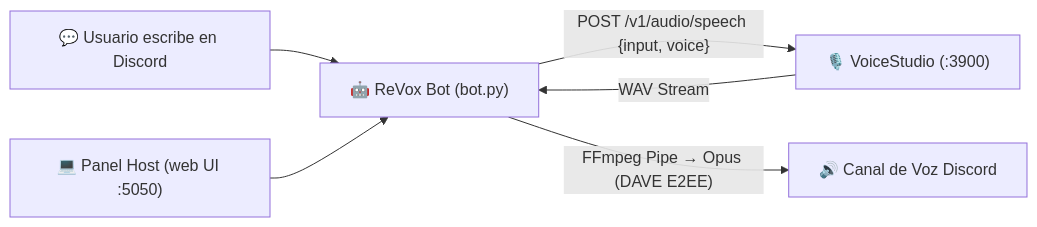
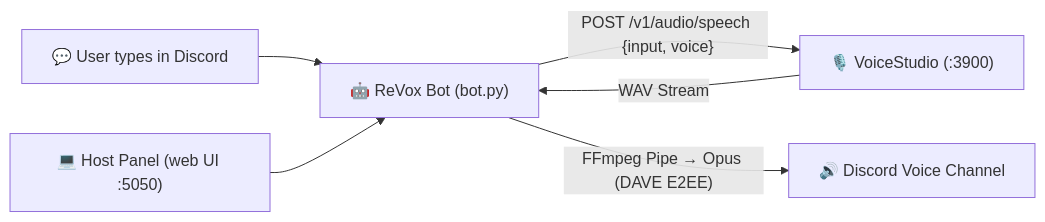
The diagram in README.md (John54571/ReVox-Bot), drawn with Mermaid before and after one commit. The commit also changed other lines of this file and 13 other files, not shown here.

````diff
--- a/README.md
+++ b/README.md
@@ -155,8 +155,8 @@
 ```mermaid
 flowchart LR
-  U["💬 Usuario escribe en Discord"] --> B["🤖 ReVox Bot (bot.py)"]
-  W["💻 Panel Host (web UI :5050)"] --> B
+  U["💬 User types in Discord"] --> B["🤖 ReVox Bot (bot.py)"]
+  W["💻 Host Panel (web UI :5050)"] --> B
   B -- "POST /v1/audio/speech {input, voice}" --> VS["🎙️ VoiceStudio (:3900)"]
   VS -- "WAV Stream" --> B
-  B -- "FFmpeg Pipe → Opus (DAVE E2EE)" --> D["🔊 Canal de Voz Discord"]
+  B -- "FFmpeg Pipe → Opus (DAVE E2EE)" --> D["🔊 Discord Voice Channel"]
 ```
````
